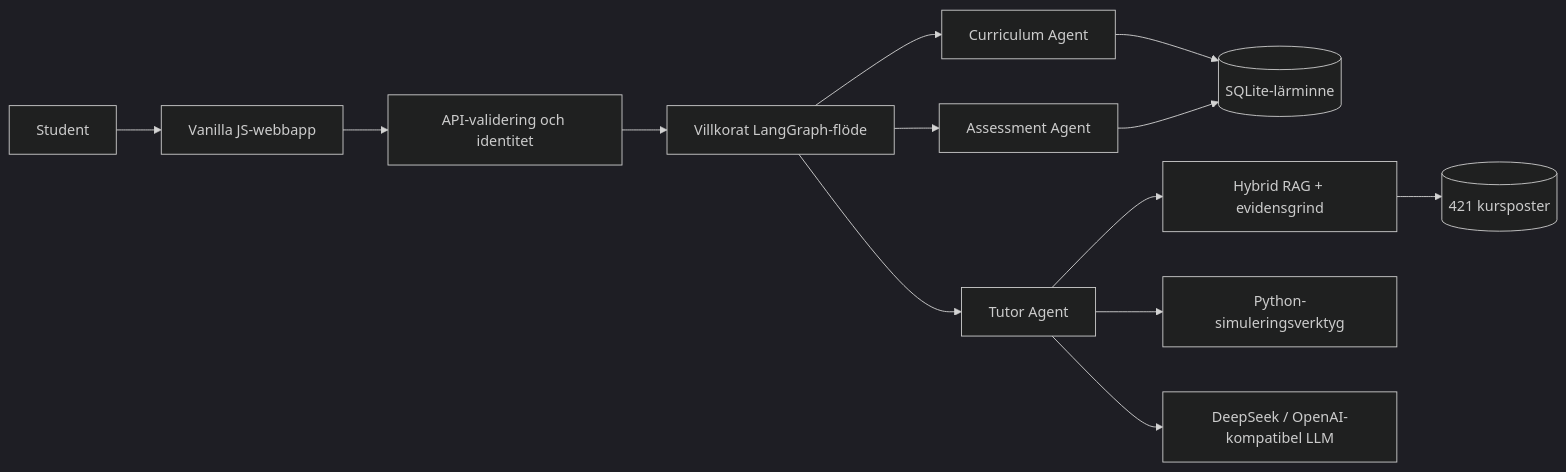
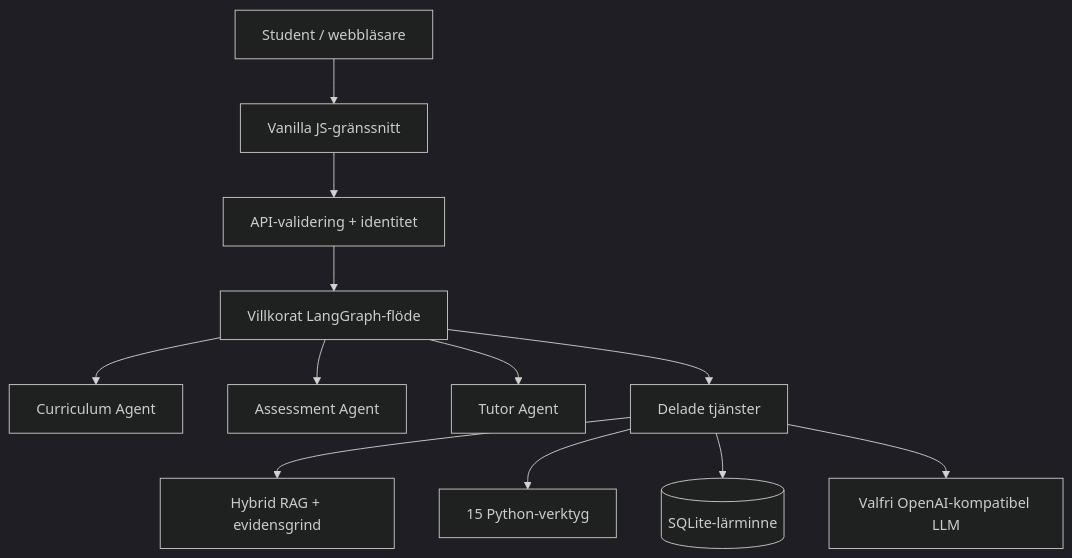
One commit to JW35711/ai-tutor-for-stochastic-processes changed the diagram in README.sv.md. Above: the diagram before and after it, drawn with Mermaid (dark theme). The commit also changed other lines of this file and 6 other files, not shown here.

Commit message:
docs: align portfolio narrative with actual architecture

````diff
--- a/README.sv.md
+++ b/README.sv.md
@@ -66,15 +75,14 @@
 ```mermaid
-flowchart LR
-    U[Student] --> W[Vanilla JS-webbapp]
-    W --> A[API-validering och identitet]
-    A --> G[Villkorat LangGraph-flöde]
-    G --> C[Curriculum Agent]
-    G --> T[Tutor Agent]
-    G --> Q[Assessment Agent]
-    C --> S[(SQLite-lärminne)]
-    Q --> S
-    T --> R[Hybrid RAG + evidensgrind]
-    T --> P[Python-simuleringsverktyg]
-    T --> L[DeepSeek / OpenAI-kompatibel LLM]
-    R --> K[(421 kursposter)]
+flowchart TD
+    STUDENT[Student / webbläsare] --> UI[Vanilla JS-gränssnitt]
+    UI --> API[API-validering + identitet]
+    API --> GRAPH[Villkorat LangGraph-flöde]
+    GRAPH --> CURRICULUM[Curriculum Agent]
+    GRAPH --> ASSESSMENT[Assessment Agent]
+    GRAPH --> TUTOR[Tutor Agent]
+    GRAPH --> SERVICES[Delade tjänster]
+    SERVICES --> RAG[Hybrid RAG + evidensgrind]
+    SERVICES --> PYTHON[15 Python-verktyg]
+    SERVICES --> SQLITE[(SQLite-lärminne)]
+    SERVICES --> LLM[Valfri OpenAI-kompatibel LLM]
 ```
````
